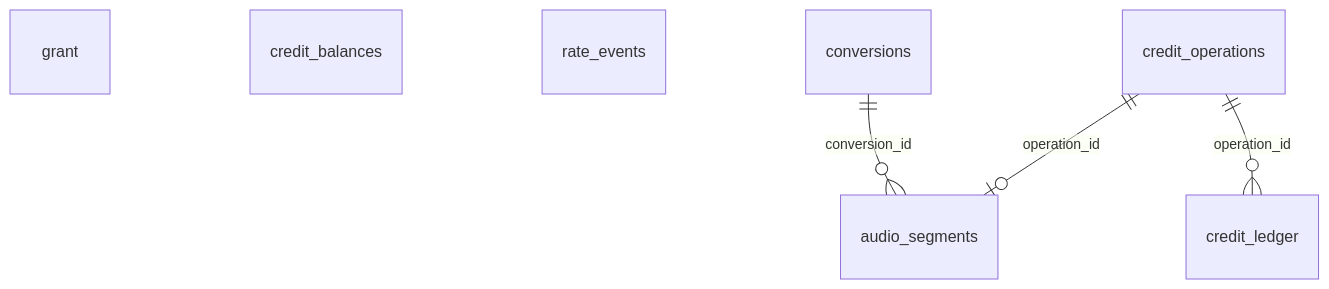
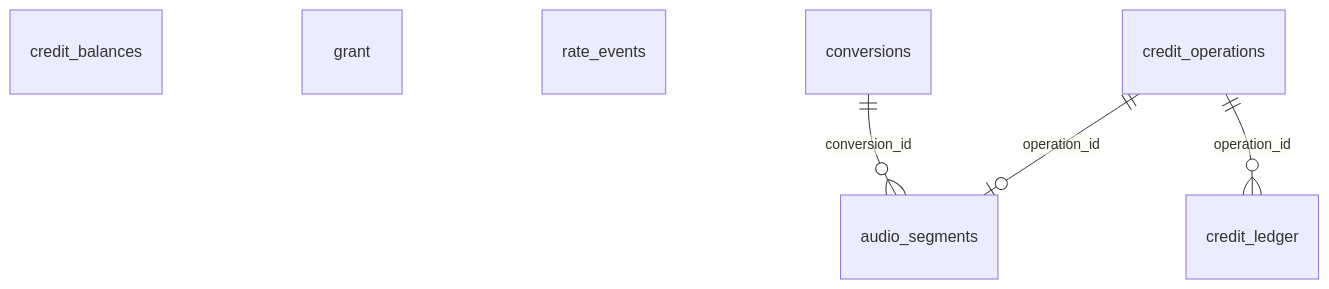
One commit to patricktree/cup changed the second of 3 diagrams in docs/architecture/durable-object-storage.md. Above: the diagram before and after it, drawn with Mermaid. The commit also changed other lines of this file and 10 other files, not shown here.

First line of the commit message:
docs(storage): generate the schema diagrams from the Drizzle schemas

````diff
--- a/docs/architecture/durable-object-storage.md
+++ b/docs/architecture/durable-object-storage.md
@@ -55,9 +61,9 @@
 ```mermaid
 erDiagram
+    credit_balances
     grant
-    credit_balances
     rate_events
     conversions ||--o{ audio_segments : "conversion_id"
+    credit_operations ||--o{ credit_ledger : "operation_id"
     credit_operations ||--o| audio_segments : "operation_id"
-    credit_operations ||--o{ credit_ledger : "operation_id"
 ```
````
